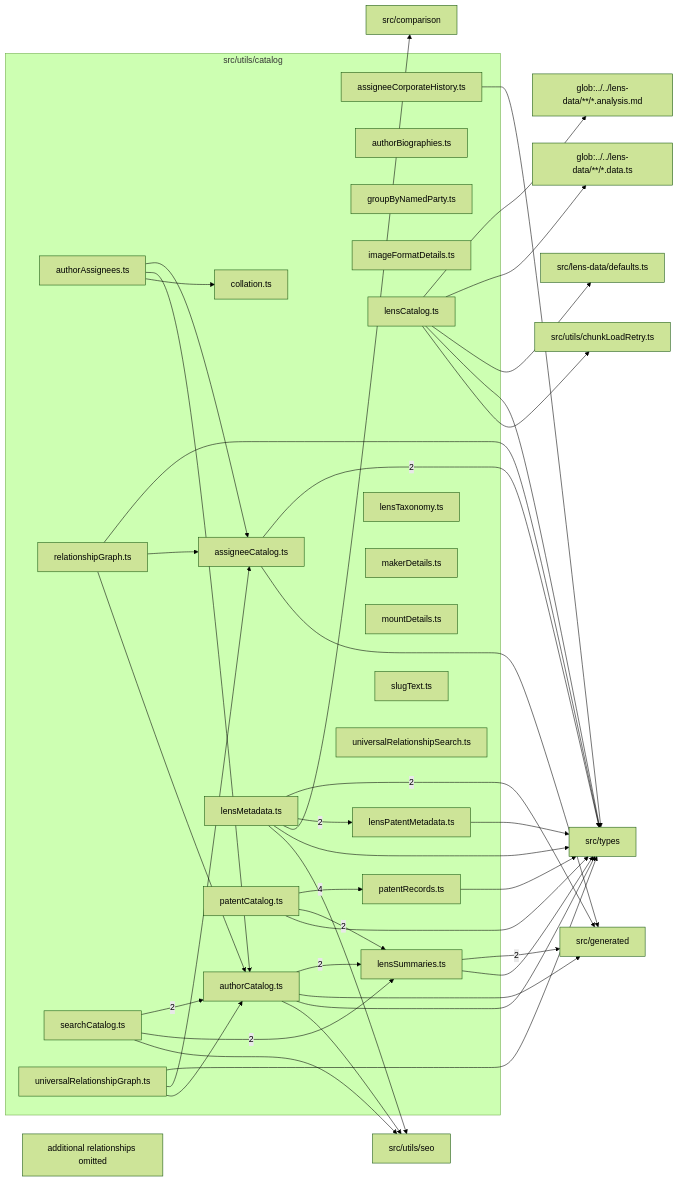
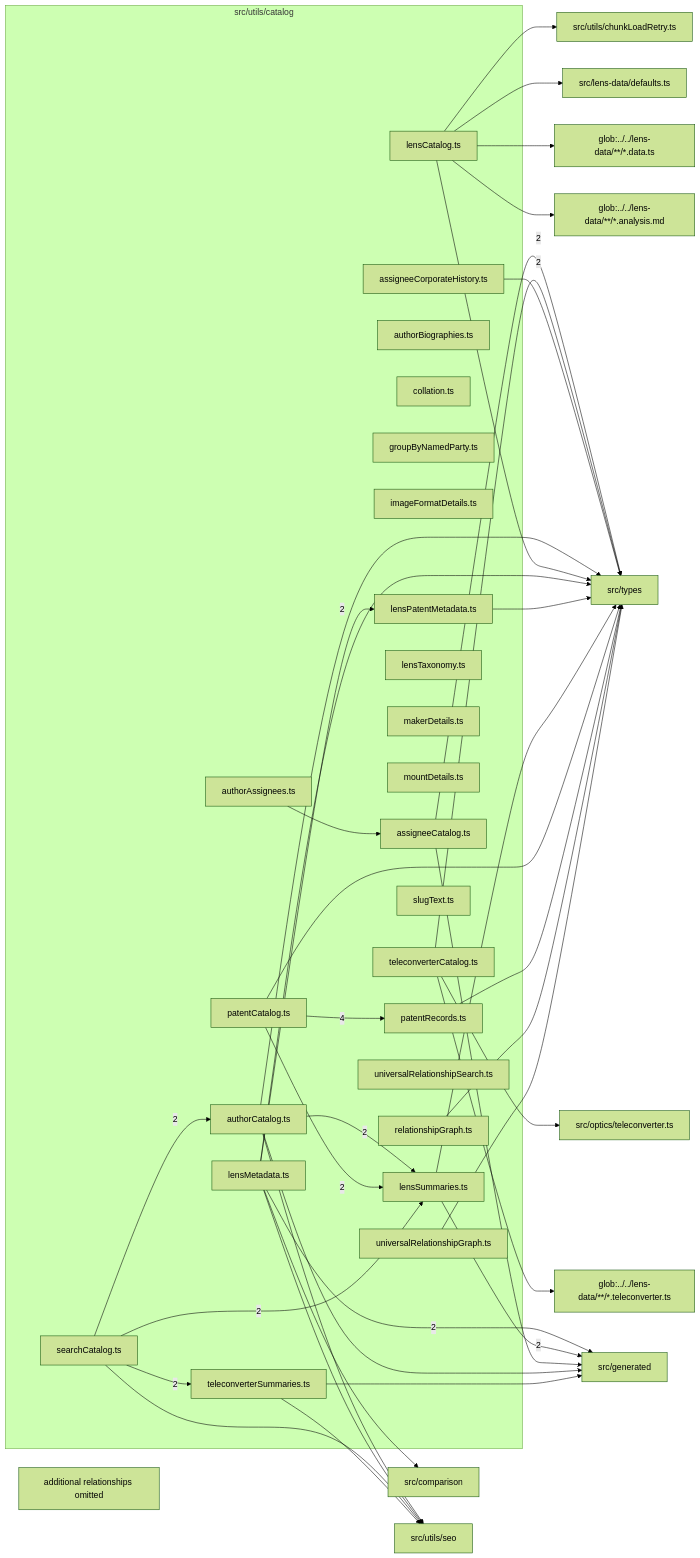
Before and after one commit to BeamFour/LensVisualizer: the diagram in src/utils/catalog/readme.md, drawn with Mermaid (forest theme). The commit also changed other lines of this file and 239 other files, not shown here.

````diff
--- a/src/utils/catalog/readme.md
+++ b/src/utils/catalog/readme.md
@@ -9,72 +9,76 @@
 ```mermaid
 flowchart LR
   subgraph n_src_utils_catalog["src/utils/catalog"]
     n_src_utils_catalog_src_utils_catalog_assigneeCatalog_ts["assigneeCatalog.ts"]
     n_src_utils_catalog_src_utils_catalog_assigneeCorporateHistory_ts["assigneeCorporateHistory.ts"]
     n_src_utils_catalog_src_utils_catalog_authorAssignees_ts["authorAssignees.ts"]
     n_src_utils_catalog_src_utils_catalog_authorBiographies_ts["authorBiographies.ts"]
     n_src_utils_catalog_src_utils_catalog_authorCatalog_ts["authorCatalog.ts"]
     n_src_utils_catalog_src_utils_catalog_collation_ts["collation.ts"]
     n_src_utils_catalog_src_utils_catalog_groupByNamedParty_ts["groupByNamedParty.ts"]
     n_src_utils_catalog_src_utils_catalog_imageFormatDetails_ts["imageFormatDetails.ts"]
     n_src_utils_catalog_src_utils_catalog_lensCatalog_ts["lensCatalog.ts"]
     n_src_utils_catalog_src_utils_catalog_lensMetadata_ts["lensMetadata.ts"]
     n_src_utils_catalog_src_utils_catalog_lensPatentMetadata_ts["lensPatentMetadata.ts"]
     n_src_utils_catalog_src_utils_catalog_lensSummaries_ts["lensSummaries.ts"]
     n_src_utils_catalog_src_utils_catalog_lensTaxonomy_ts["lensTaxonomy.ts"]
     n_src_utils_catalog_src_utils_catalog_makerDetails_ts["makerDetails.ts"]
     n_src_utils_catalog_src_utils_catalog_mountDetails_ts["mountDetails.ts"]
     n_src_utils_catalog_src_utils_catalog_patentCatalog_ts["patentCatalog.ts"]
     n_src_utils_catalog_src_utils_catalog_patentRecords_ts["patentRecords.ts"]
     n_src_utils_catalog_src_utils_catalog_relationshipGraph_ts["relationshipGraph.ts"]
     n_src_utils_catalog_src_utils_catalog_searchCatalog_ts["searchCatalog.ts"]
     n_src_utils_catalog_src_utils_catalog_slugText_ts["slugText.ts"]
+    n_src_utils_catalog_src_utils_catalog_teleconverterCatalog_ts["teleconverterCatalog.ts"]
+    n_src_utils_catalog_src_utils_catalog_teleconverterSummaries_ts["teleconverterSummaries.ts"]
     n_src_utils_catalog_src_utils_catalog_universalRelationshipGraph_ts["universalRelationshipGraph.ts"]
     n_src_utils_catalog_src_utils_catalog_universalRelationshipSearch_ts["universalRelationshipSearch.ts"]
   end
   n_external_src_generated["src/generated"]
   n_external_src_types["src/types"]
   n_external_glob_______lens_data______analysis_md["glob:../../lens-data/**/*.analysis.md"]
   n_external_glob_______lens_data______data_ts["glob:../../lens-data/**/*.data.ts"]
+  n_external_glob_______lens_data______teleconverter_ts["glob:../../lens-data/**/*.teleconverter.ts"]
   n_external_src_comparison["src/comparison"]
   n_external_src_lens_data_defaults_ts["src/lens-data/defaults.ts"]
+  n_external_src_optics_teleconverter_ts["src/optics/teleconverter.ts"]
   n_external_src_utils_chunkLoadRetry_ts["src/utils/chunkLoadRetry.ts"]
   n_external_src_utils_seo["src/utils/seo"]
   n_src_utils_catalog_src_utils_catalog_patentCatalog_ts --> |4| n_src_utils_catalog_src_utils_catalog_patentRecords_ts
   n_src_utils_catalog_src_utils_catalog_lensMetadata_ts --> |2| n_external_src_generated
   n_src_utils_catalog_src_utils_catalog_lensSummaries_ts --> |2| n_external_src_generated
   n_src_utils_catalog_src_utils_catalog_assigneeCatalog_ts --> |2| n_external_src_types
+  n_src_utils_catalog_src_utils_catalog_teleconverterCatalog_ts --> |2| n_external_src_types
   n_src_utils_catalog_src_utils_catalog_searchCatalog_ts --> |2| n_src_utils_catalog_src_utils_catalog_authorCatalog_ts
   n_src_utils_catalog_src_utils_catalog_lensMetadata_ts --> |2| n_src_utils_catalog_src_utils_catalog_lensPatentMetadata_ts
   n_src_utils_catalog_src_utils_catalog_authorCatalog_ts --> |2| n_src_utils_catalog_src_utils_catalog_lensSummaries_ts
   n_src_utils_catalog_src_utils_catalog_patentCatalog_ts --> |2| n_src_utils_catalog_src_utils_catalog_lensSummaries_ts
   n_src_utils_catalog_src_utils_catalog_searchCatalog_ts --> |2| n_src_utils_catalog_src_utils_catalog_lensSummaries_ts
+  n_src_utils_catalog_src_utils_catalog_searchCatalog_ts --> |2| n_src_utils_catalog_src_utils_catalog_teleconverterSummaries_ts
   n_src_utils_catalog_src_utils_catalog_lensCatalog_ts --> n_external_glob_______lens_data______analysis_md
   n_src_utils_catalog_src_utils_catalog_lensCatalog_ts --> n_external_glob_______lens_data______data_ts
+  n_src_utils_catalog_src_utils_catalog_teleconverterCatalog_ts --> n_external_glob_______lens_data______teleconverter_ts
   n_src_utils_catalog_src_utils_catalog_lensMetadata_ts --> n_external_src_comparison
   n_src_utils_catalog_src_utils_catalog_assigneeCatalog_ts --> n_external_src_generated
   n_src_utils_catalog_src_utils_catalog_authorCatalog_ts --> n_external_src_generated
+  n_src_utils_catalog_src_utils_catalog_teleconverterSummaries_ts --> n_external_src_generated
   n_src_utils_catalog_src_utils_catalog_lensCatalog_ts --> n_external_src_lens_data_defaults_ts
+  n_src_utils_catalog_src_utils_catalog_teleconverterCatalog_ts --> n_external_src_optics_teleconverter_ts
   n_src_utils_catalog_src_utils_catalog_assigneeCorporateHistory_ts --> n_external_src_types
   n_src_utils_catalog_src_utils_catalog_authorCatalog_ts --> n_external_src_types
   n_src_utils_catalog_src_utils_catalog_lensCatalog_ts --> n_external_src_types
   n_src_utils_catalog_src_utils_catalog_lensMetadata_ts --> n_external_src_types
   n_src_utils_catalog_src_utils_catalog_lensPatentMetadata_ts --> n_external_src_types
   n_src_utils_catalog_src_utils_catalog_lensSummaries_ts --> n_external_src_types
   n_src_utils_catalog_src_utils_catalog_patentCatalog_ts --> n_external_src_types
   n_src_utils_catalog_src_utils_catalog_patentRecords_ts --> n_external_src_types
   n_src_utils_catalog_src_utils_catalog_relationshipGraph_ts --> n_external_src_types
   n_src_utils_catalog_src_utils_catalog_universalRelationshipGraph_ts --> n_external_src_types
   n_src_utils_catalog_src_utils_catalog_lensCatalog_ts --> n_external_src_utils_chunkLoadRetry_ts
   n_src_utils_catalog_src_utils_catalog_authorCatalog_ts --> n_external_src_utils_seo
   n_src_utils_catalog_src_utils_catalog_lensMetadata_ts --> n_external_src_utils_seo
   n_src_utils_catalog_src_utils_catalog_searchCatalog_ts --> n_external_src_utils_seo
+  n_src_utils_catalog_src_utils_catalog_teleconverterSummaries_ts --> n_external_src_utils_seo
   n_src_utils_catalog_src_utils_catalog_authorAssignees_ts --> n_src_utils_catalog_src_utils_catalog_assigneeCatalog_ts
-  n_src_utils_catalog_src_utils_catalog_relationshipGraph_ts --> n_src_utils_catalog_src_utils_catalog_assigneeCatalog_ts
-  n_src_utils_catalog_src_utils_catalog_universalRelationshipGraph_ts --> n_src_utils_catalog_src_utils_catalog_assigneeCatalog_ts
-  n_src_utils_catalog_src_utils_catalog_authorAssignees_ts --> n_src_utils_catalog_src_utils_catalog_authorCatalog_ts
-  n_src_utils_catalog_src_utils_catalog_relationshipGraph_ts --> n_src_utils_catalog_src_utils_catalog_authorCatalog_ts
-  n_src_utils_catalog_src_utils_catalog_universalRelationshipGraph_ts --> n_src_utils_catalog_src_utils_catalog_authorCatalog_ts
-  n_src_utils_catalog_src_utils_catalog_authorAssignees_ts --> n_src_utils_catalog_src_utils_catalog_collation_ts
   n_src_utils_catalog_truncated["additional relationships omitted"]
 ```
````
